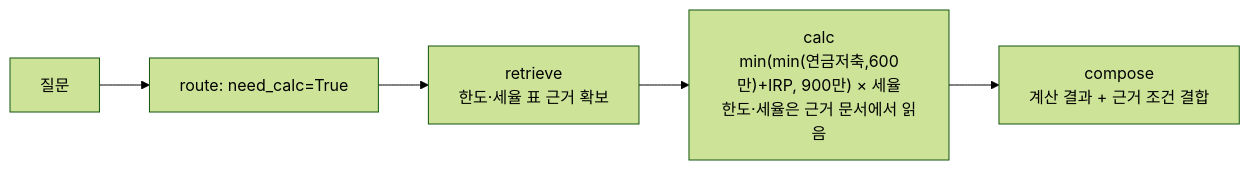
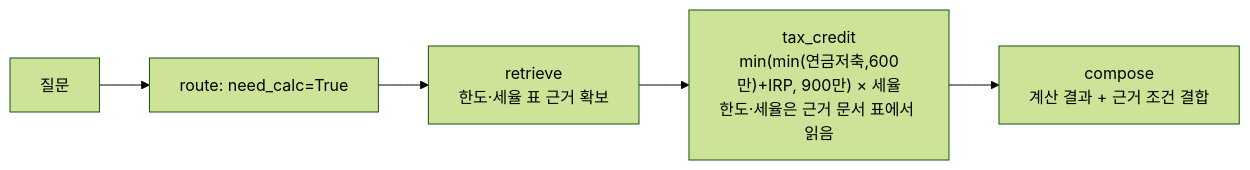
The fourth of 5 diagrams in 기술제안서.md (penguinnote/Mirae_Naver_MultiAgent), drawn with Mermaid (forest theme) before and after one commit. The commit also changed other lines of this file and 2 other files, not shown here.

Commit message:
연금수령한도 상수를 근거 문서 주석과 함께 한곳에 모으고 문서 문구를 실제와 맞춘다

````diff
--- a/기술제안서.md
+++ b/기술제안서.md
@@ -343,7 +343,7 @@
 ```mermaid
 flowchart LR
     A["질문"] --> B["route: need_calc=True"]
     B --> C["retrieve<br/>한도·세율 표 근거 확보"]
-    C --> D["calc<br/>min(min(연금저축,600만)+IRP, 900만) × 세율<br/>한도·세율은 근거 문서에서 읽음"]
+    C --> D["tax_credit<br/>min(min(연금저축,600만)+IRP, 900만) × 세율<br/>한도·세율은 근거 문서 표에서 읽음"]
     D --> E["compose<br/>계산 결과 + 근거 조건 결합"]
 ```
````
